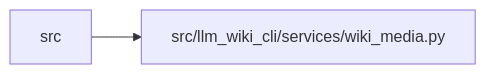
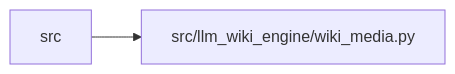
The diagram in docs/llm_wiki/modules/wiki_media.md (Denissvgn/python-wiki-llm), drawn with Mermaid before and after one commit. The commit also changed other lines of this file and 1103 other files, not shown here.

First line of the commit message:
docs: refresh the wiki for the llm-wiki-engine distribution

````diff
--- a/docs/llm_wiki/modules/wiki_media.md
+++ b/docs/llm_wiki/modules/wiki_media.md
@@ -26,7 +26,7 @@
 ```mermaid
 flowchart LR
     n0["src"]
-    n1["src/llm_wiki_cli/services/wiki_media.py"]
+    n1["src/llm_wiki_engine/wiki_media.py"]
     n0 --> n1
     click n1 "../modules/wiki_media.md"
 ```
````
